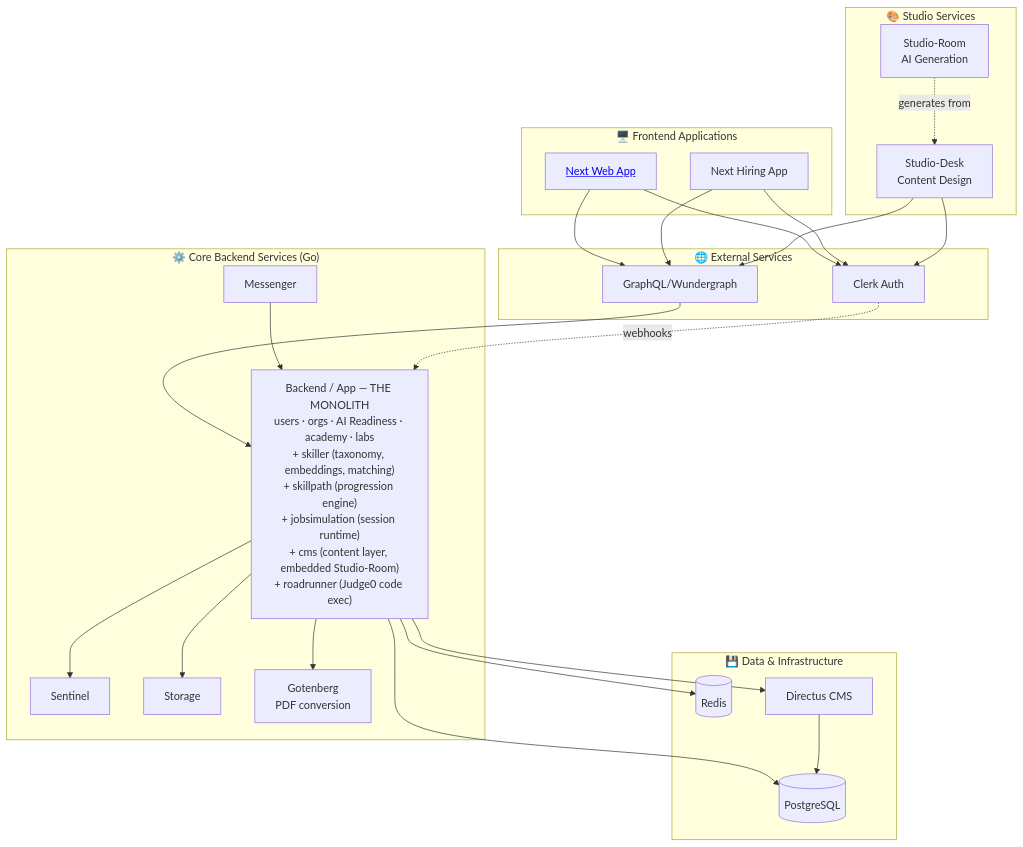
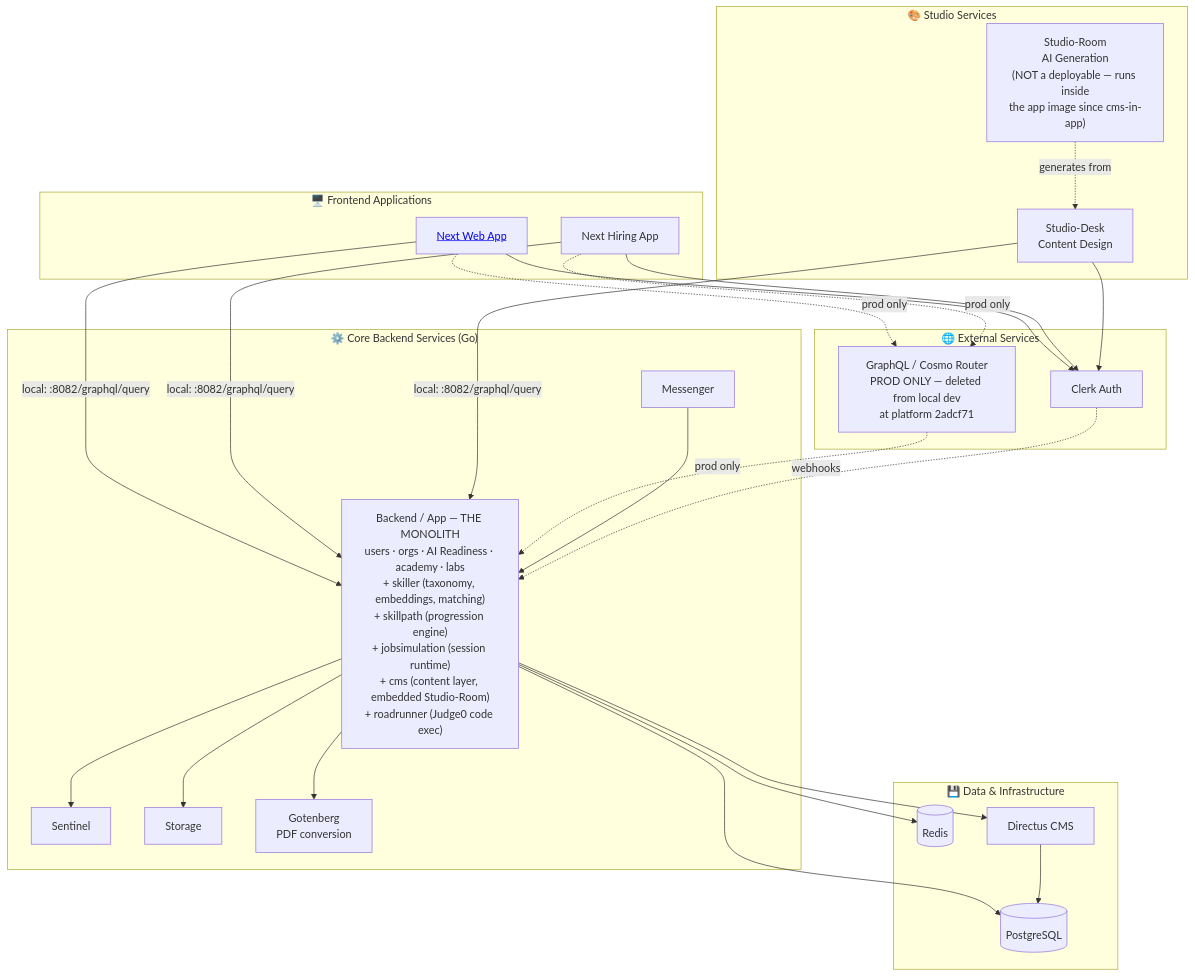
One commit to anthropos-work/rosetta changed the diagram in corpus/architecture/architecture_overview.md. Above: the diagram before and after it, drawn with Mermaid. The commit also changed other lines of this file and 21 other files, not shown here.

````diff
--- a/corpus/architecture/architecture_overview.md
+++ b/corpus/architecture/architecture_overview.md
@@ -69,60 +69,63 @@
 ```mermaid
 graph TD
     subgraph External["🌐 External Services"]
         Clerk[Clerk Auth]
-        GraphQL[GraphQL/Wundergraph]
+        GraphQL["GraphQL / Cosmo Router<br/>PROD ONLY — deleted from local dev<br/>at platform 2adcf71"]
     end
     
     subgraph Frontend["🖥️ Frontend Applications"]
         Web[<a href='./frontend_architecture.md'>Next Web App</a>]
         Hiring[Next Hiring App]
     end
     
     subgraph Studio["🎨 Studio Services"]
         Desk[Studio-Desk<br/>Content Design]
-        Room[Studio-Room<br/>AI Generation]
+        Room["Studio-Room<br/>AI Generation<br/>(NOT a deployable — runs inside<br/>the app image since cms-in-app)"]
     end
 
     subgraph Core["⚙️ Core Backend Services (Go)"]
         Gateway["Backend / App — THE MONOLITH<br/>users · orgs · AI Readiness · academy · labs<br/>+ skiller (taxonomy, embeddings, matching)<br/>+ skillpath (progression engine)<br/>+ jobsimulation (session runtime)<br/>+ cms (content layer, embedded Studio-Room)<br/>+ roadrunner (Judge0 code exec)"]
         Sentinel[Sentinel]
         Storage[Storage]
         Messenger[Messenger]
         Gotenberg[Gotenberg<br/>PDF conversion]
     end
 
     subgraph Data["💾 Data & Infrastructure"]
         Postgres[(PostgreSQL)]
         Redis[(Redis)]
         Directus[Directus CMS]
     end
     
     %% Frontend connections
     Web --> Clerk
     Hiring --> Clerk
-    Web --> GraphQL
-    Hiring --> GraphQL
+    Web -.->|prod only| GraphQL
+    Hiring -.->|prod only| GraphQL
+    Web -->|local: :8082/graphql/query| Gateway
+    Hiring -->|local: :8082/graphql/query| Gateway
     
     %% Studio connections
     Desk --> Clerk
-    Desk --> GraphQL
+    Desk -->|local: :8082/graphql/query| Gateway
     Room -.->|generates from| Desk
     
-    %% GraphQL aggregation (ONE subgraph: backend — cms folded in at 915da06, jobsimulation earlier)
-    GraphQL --> Gateway
+    %% Router aggregation — PROD ONLY. ONE subgraph: backend (cms folded in at 915da06, jobsimulation earlier).
+    %% Locally there is no router at all: the frontends and studio-desk hit Gateway directly (edges above).
+    GraphQL -.->|prod only| Gateway
 
     %% Core service dependencies
     Gateway --> Sentinel
     Gateway --> Gotenberg
     Gateway --> Storage
     Gateway --> Directus
     Messenger --> Gateway
 
     %% Data connections
     Gateway --> Postgres
     Gateway --> Redis
     Directus --> Postgres
     
     %% Clerk integration
     Clerk -.->|webhooks| Gateway
 ```
````
